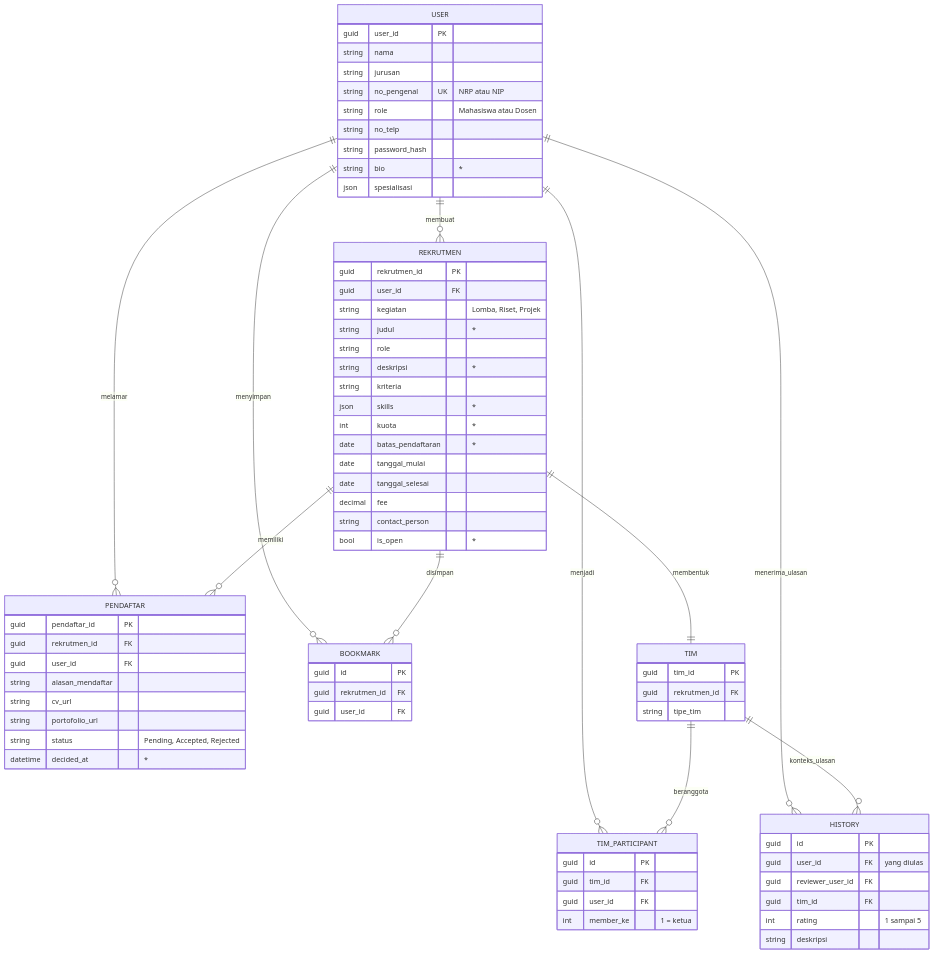
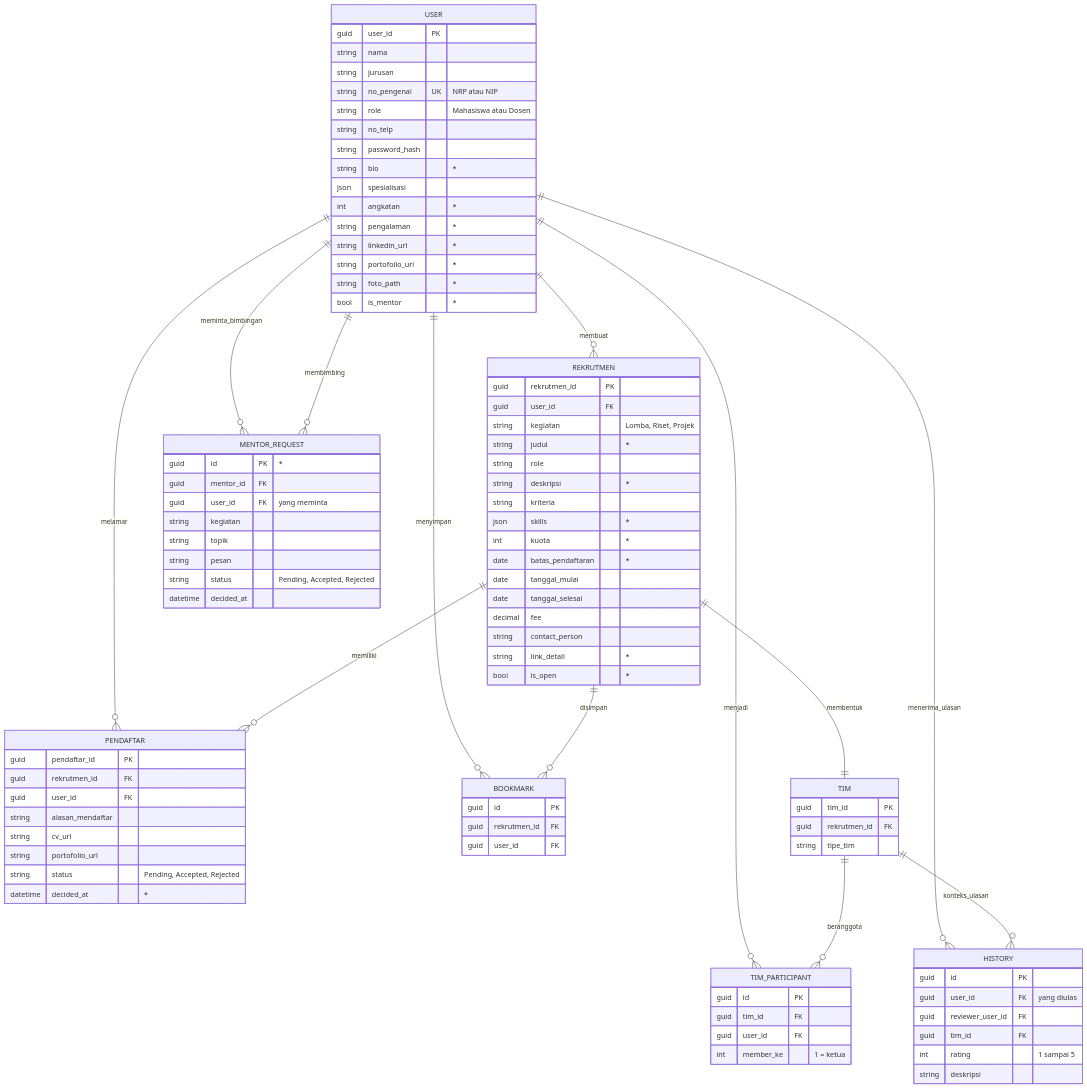
The third of 3 diagrams in docs/PRD.md (Pascalllllll/ETS-PBKK), drawn with Mermaid before and after one commit. The commit also changed other lines of this file and 48 other files, not shown here.

````diff
--- a/docs/PRD.md
+++ b/docs/PRD.md
@@ -279,6 +300,8 @@
     REKRUTMEN ||--|| TIM : membentuk
     TIM ||--o{ TIM_PARTICIPANT : beranggota
     TIM ||--o{ HISTORY : konteks_ulasan
+    USER ||--o{ MENTOR_REQUEST : meminta_bimbingan
+    USER ||--o{ MENTOR_REQUEST : membimbing
 
     USER {
         guid user_id PK
@@ -290,6 +313,12 @@
         string password_hash
         string bio "*"
         json spesialisasi
+        int angkatan "*"
+        string pengalaman "*"
+        string linkedin_url "*"
+        string portofolio_url "*"
+        string foto_path "*"
+        bool is_mentor "*"
     }
     REKRUTMEN {
         guid rekrutmen_id PK
@@ -306,6 +335,7 @@
         date tanggal_selesai
         decimal fee
         string contact_person
+        string link_detail "*"
         bool is_open "*"
     }
     PENDAFTAR {
@@ -342,4 +372,14 @@
         guid rekrutmen_id FK
         guid user_id FK
     }
+    MENTOR_REQUEST {
+        guid id PK "*"
+        guid mentor_id FK
+        guid user_id FK "yang meminta"
+        string kegiatan
+        string topik
+        string pesan
+        string status "Pending, Accepted, Rejected"
+        datetime decided_at
+    }
 ```
````
